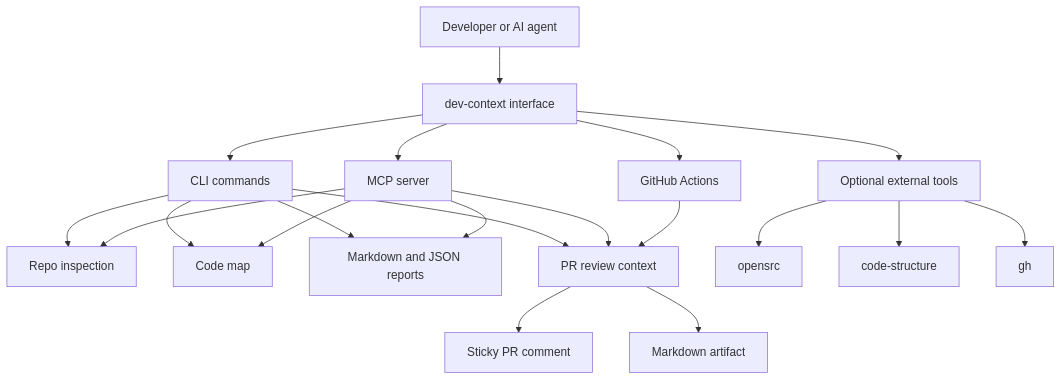
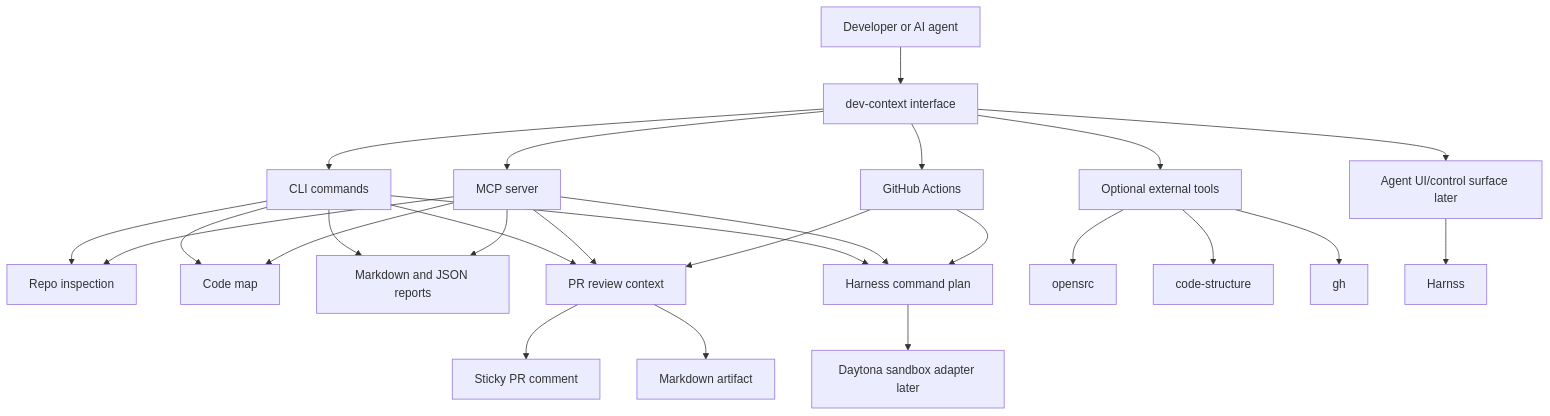
The first of 3 diagrams in docs/youtube-build-guide.md (BASHBOP/otito), drawn with Mermaid before and after one commit. The commit also changed other lines of this file, not shown here.

Commit message:
docs: expand youtube build guide tool flow

````diff
--- a/docs/youtube-build-guide.md
+++ b/docs/youtube-build-guide.md
@@ -47,26 +118,32 @@
 ```mermaid
 flowchart TD
   Developer["Developer or AI agent"] --> Interface["dev-context interface"]
   Interface --> CLI["CLI commands"]
   Interface --> MCP["MCP server"]
   Interface --> CI["GitHub Actions"]
 
   CLI --> RepoInspect["Repo inspection"]
   CLI --> CodeMap["Code map"]
   CLI --> Reports["Markdown and JSON reports"]
   CLI --> PRReview["PR review context"]
+  CLI --> HarnessArtifact["Harness command plan"]
 
   MCP --> RepoInspect
   MCP --> CodeMap
   MCP --> Reports
   MCP --> PRReview
+  MCP --> HarnessArtifact
 
   CI --> PRReview
   PRReview --> StickyComment["Sticky PR comment"]
   PRReview --> Artifact["Markdown artifact"]
+  CI --> HarnessArtifact
 
   Interface --> ExternalTools["Optional external tools"]
   ExternalTools --> OpenSrc["opensrc"]
   ExternalTools --> CodeStructure["code-structure"]
   ExternalTools --> GitHubCLI["gh"]
+  HarnessArtifact --> Daytona["Daytona sandbox adapter later"]
+  Interface --> AgentUI["Agent UI/control surface later"]
+  AgentUI --> Harnss["Harnss"]
 ```
````
